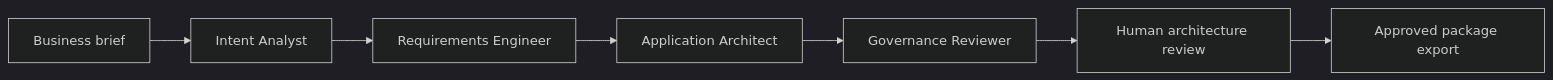
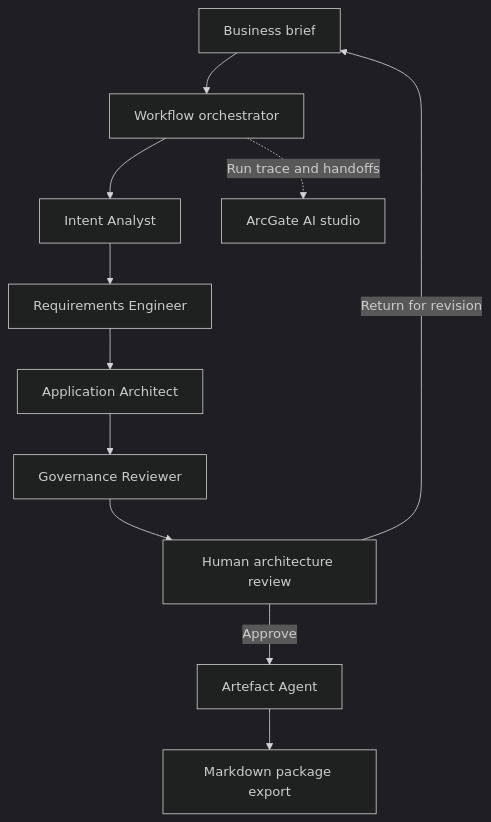
The diagram in README.md (nikhil-suryavanshi/ArcGate-AI), drawn with Mermaid (dark theme) before and after one commit. The commit also changed other lines of this file and 5 other files, not shown here.

Commit message:
feat: implement true multi-agent workflow

````diff
--- a/README.md
+++ b/README.md
@@ -20,9 +20,13 @@
 ```mermaid
-flowchart LR
-  A[Business brief] --> B[Intent Analyst]
-  B --> C[Requirements Engineer]
-  C --> D[Application Architect]
-  D --> E[Governance Reviewer]
-  E --> F[Human architecture review]
-  F --> G[Approved package export]
+flowchart TB
+  U[Business brief] --> O[Workflow orchestrator]
+  O --> I[Intent Analyst]
+  I --> R[Requirements Engineer]
+  R --> A[Application Architect]
+  A --> G[Governance Reviewer]
+  G --> H[Human architecture review]
+  H -- Approve --> P[Artefact Agent]
+  P --> E[Markdown package export]
+  O -. Run trace and handoffs .-> UI[ArcGate AI studio]
+  H -- Return for revision --> U
 ```
````
